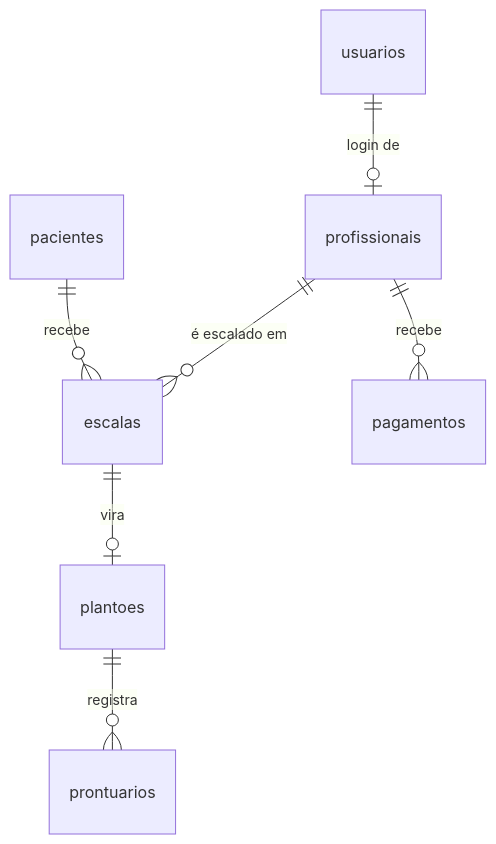
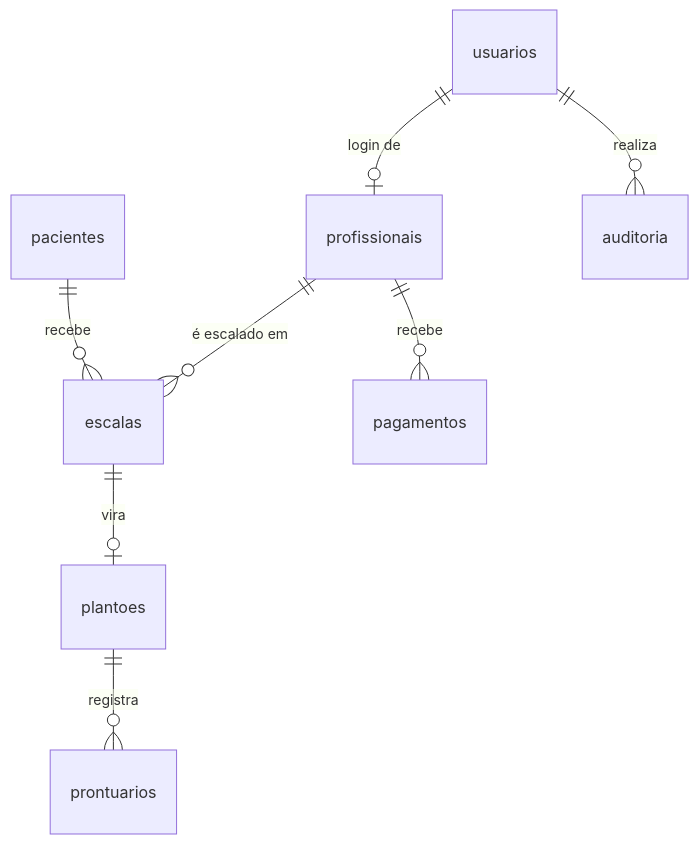
One commit to ClaudeirZ2/homecare_flow changed the diagram in README.md. Above: the diagram before and after it, drawn with Mermaid. The commit also changed other lines of this file and 71 other files, not shown here.

````diff
--- a/README.md
+++ b/README.md
@@ -158,9 +174,10 @@
 ```mermaid
 erDiagram
     usuarios ||--o| profissionais : "login de"
     profissionais ||--o{ escalas : "é escalado em"
     pacientes ||--o{ escalas : "recebe"
     escalas ||--o| plantoes : "vira"
     plantoes ||--o{ prontuarios : "registra"
     profissionais ||--o{ pagamentos : "recebe"
+    usuarios ||--o{ auditoria : "realiza"
 ```
````
